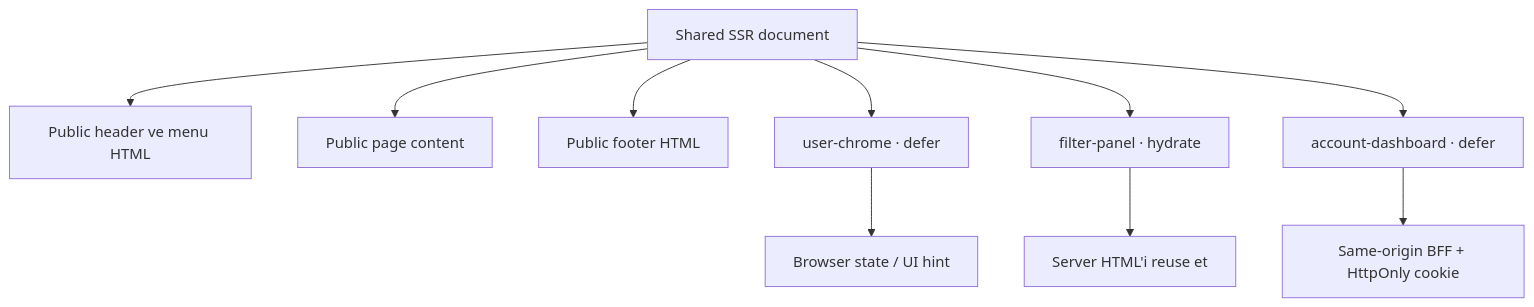
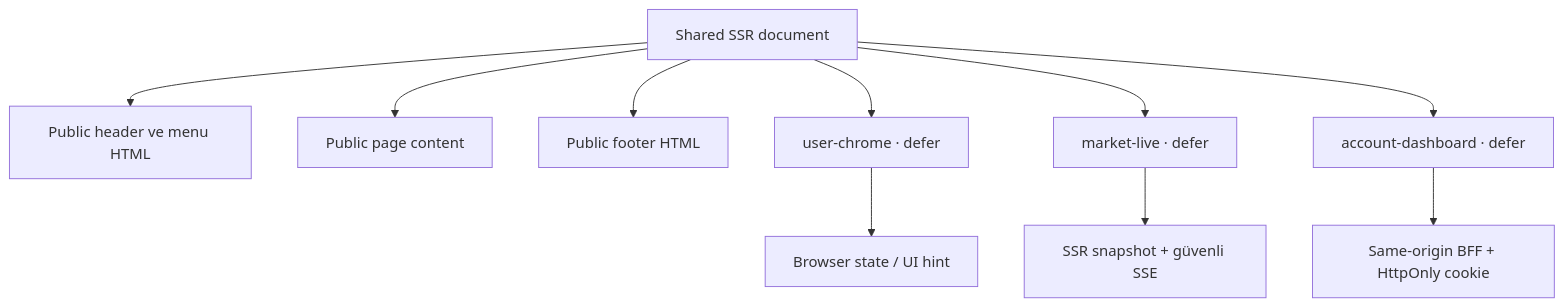
Before and after one commit to cembakca/OriginLoom: the first of 2 diagrams in docs/articles/04-island-architecture-ile-cache-safe-kisisellestirme-ve-auth.md, drawn with Mermaid. The commit also changed other lines of this file and 23 other files, not shown here.

Commit message:
docs: align architecture with finance routes

````diff
--- a/docs/articles/04-island-architecture-ile-cache-safe-kisisellestirme-ve-auth.md
+++ b/docs/articles/04-island-architecture-ile-cache-safe-kisisellestirme-ve-auth.md
@@ -72,13 +72,13 @@
 ```mermaid
 flowchart TB
     D["Shared SSR document"]
     D --> H["Public header ve menu HTML"]
     D --> C["Public page content"]
     D --> F["Public footer HTML"]
     D --> I1["user-chrome · defer"]
-    D --> I2["filter-panel · hydrate"]
+    D --> I2["market-live · defer"]
     D --> I3["account-dashboard · defer"]
     I1 --> B1["Browser state / UI hint"]
-    I2 --> B2["Server HTML'i reuse et"]
+    I2 --> B2["SSR snapshot + güvenli SSE"]
     I3 --> B3["Same-origin BFF + HttpOnly cookie"]
 ```
````
